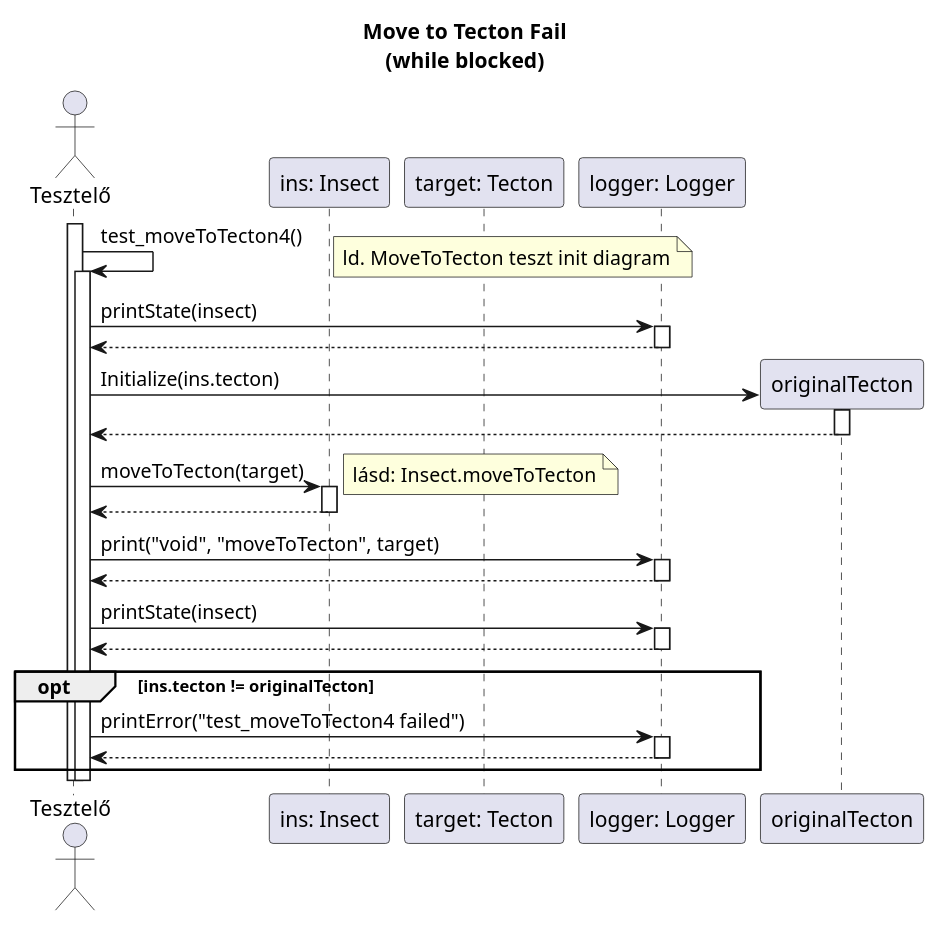
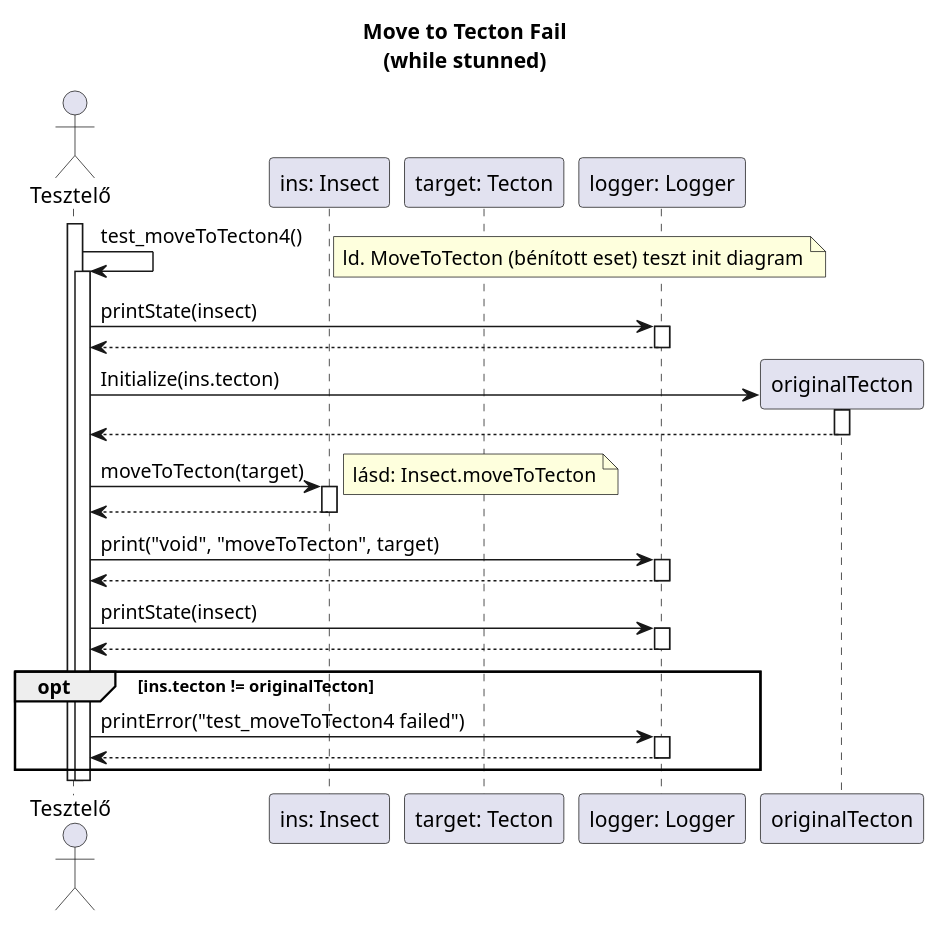
One commit to dzsem/projlab changed the diagram in diagrams/test-sequence/insect/moveToTecton4.plantuml. Above: the diagram before and after it, drawn with PlantUML. The commit also changed 4 other files, not shown here.

Commit message:
Tweak and finish moveToTecton test cases

```diff
--- a/diagrams/test-sequence/insect/moveToTecton4.plantuml
+++ b/diagrams/test-sequence/insect/moveToTecton4.plantuml
@@ -1,58 +1,58 @@
 @startuml test_moveToTecton4
 
-title Move to Tecton Fail\n(while blocked)
+title Move to Tecton Fail\n(while stunned)
 
 actor "Tesztelő" as t
 participant "ins: Insect" as i
 participant "target: Tecton" as target
 participant "logger: Logger" as logger
 
 activate t
 t -> t: test_moveToTecton4()
-note right: ld. MoveToTecton teszt init diagram
+note right: ld. MoveToTecton (bénított eset) teszt init diagram
 activate t
 
 	t -> logger: printState(insect)
 	activate logger
 
 	t <-- logger
 	deactivate logger
 
 	create originalTecton
 	t -> originalTecton: Initialize(ins.tecton)
 	activate originalTecton
 
 	t <-- originalTecton
 	deactivate originalTecton
 
 	t -> i: moveToTecton(target)
 	activate i
 	note right: lásd: Insect.moveToTecton
 
 	t <-- i
 	deactivate i
 
 	t -> logger: print("void", "moveToTecton", target)
 	activate logger
 
 	t <-- logger
 	deactivate logger
 
 	t -> logger: printState(insect)
 	activate logger
 	t <-- logger
 	deactivate logger
 
 	opt ins.tecton != originalTecton
 		t -> logger: printError("test_moveToTecton4 failed")
 		activate logger
 
 		t <-- logger
 		deactivate logger
 	end
 
 	deactivate t
 deactivate t
 
 
 @enduml
```
